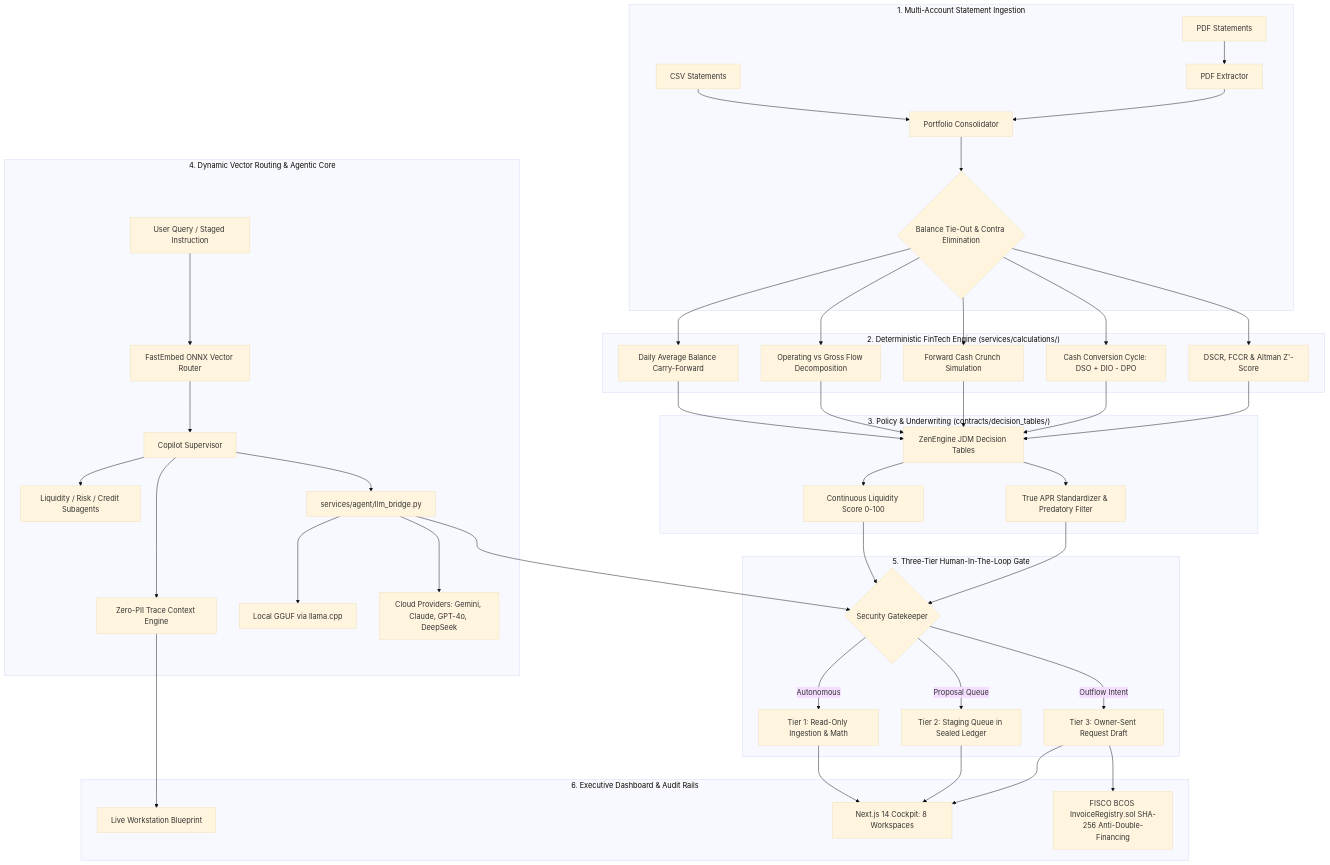
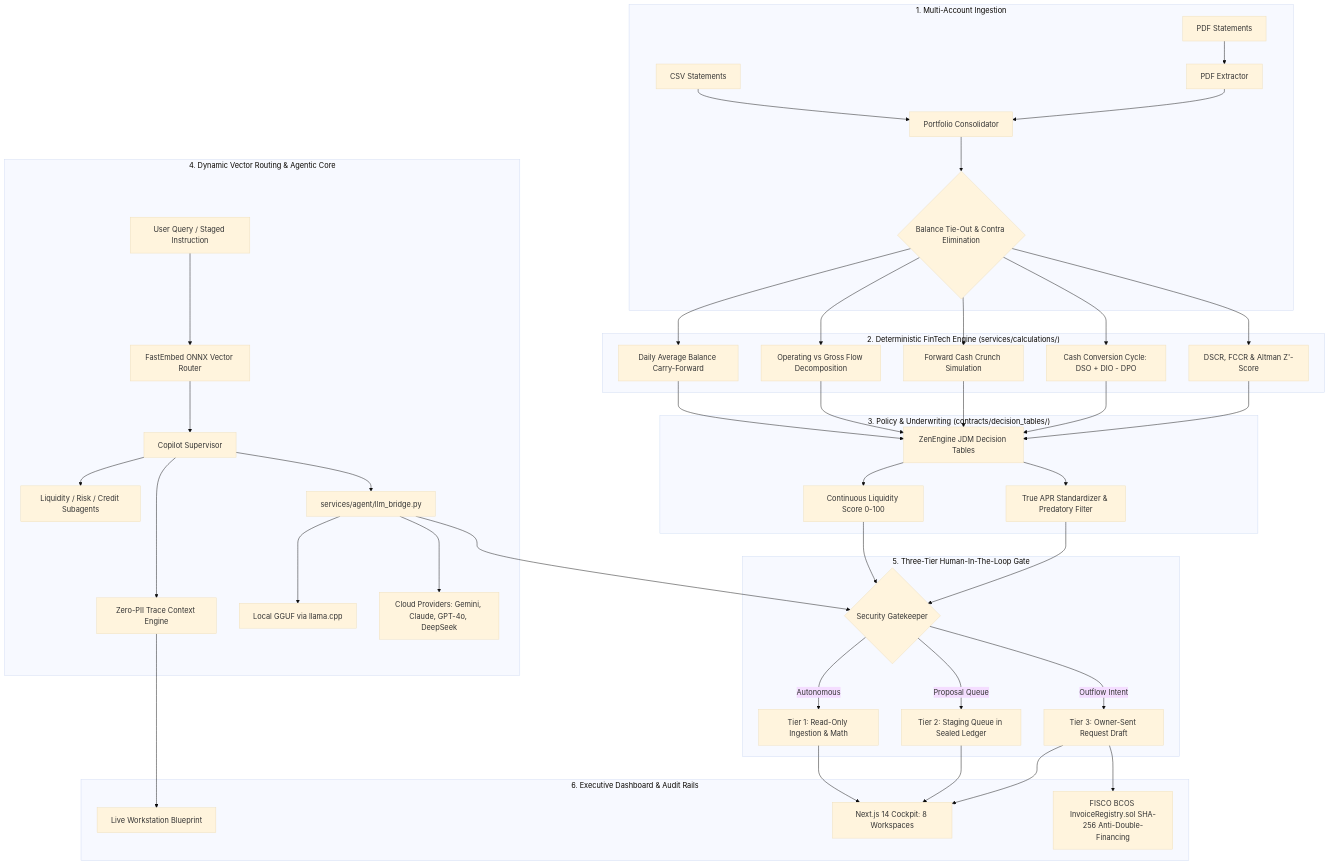
One commit to SamJU25/CashPilot changed the diagram in README.md. Above: the diagram before and after it, drawn with Mermaid (base theme). The commit also changed other lines of this file, not shown here.

````diff
--- a/README.md
+++ b/README.md
@@ -49,46 +106,46 @@
 ```mermaid
 flowchart TD
-    subgraph Ingestion ["1. Multi-Account Statement Ingestion"]
+    subgraph Ingestion ["1. Multi-Account Ingestion"]
         CSV[CSV Statements] --> Consolidator[Portfolio Consolidator]
         PDF[PDF Statements] --> PDFParser[PDF Extractor]
         PDFParser --> Consolidator
         Consolidator --> TieOut{Balance Tie-Out & Contra Elimination}
     end
 
     subgraph Engines ["2. Deterministic FinTech Engine (services/calculations/)"]
         TieOut --> DAB[Daily Average Balance Carry-Forward]
         TieOut --> Flow[Operating vs Gross Flow Decomposition]
         TieOut --> Crunch[Forward Cash Crunch Simulation]
         TieOut --> CCC[Cash Conversion Cycle: DSO + DIO - DPO]
         TieOut --> Solvency[DSCR, FCCR & Altman Z'-Score]
     end
 
     subgraph Policies ["3. Policy & Underwriting (contracts/decision_tables/)"]
         DAB & Flow & Crunch & CCC & Solvency --> Zen[ZenEngine JDM Decision Tables]
         Zen --> Underwrite[Continuous Liquidity Score 0-100]
         Zen --> FacilityMatch[True APR Standardizer & Predatory Filter]
     end
 
     subgraph Routing ["4. Dynamic Vector Routing & Agentic Core"]
         UserMsg[User Query / Staged Instruction] --> FastEmbed[FastEmbed ONNX Vector Router]
         FastEmbed --> Supervisor[Copilot Supervisor]
         Supervisor --> Subagents[Liquidity / Risk / Credit Subagents]
         Supervisor --> Trace[Zero-PII Trace Context Engine]
         Supervisor --> Bridge[services/agent/llm_bridge.py]
         Bridge --> LocalSLM[Local GGUF via llama.cpp]
         Bridge --> CloudLLM[Cloud Providers: Gemini, Claude, GPT-4o, DeepSeek]
     end
 
     subgraph SecurityGate ["5. Three-Tier Human-In-The-Loop Gate"]
         Underwrite & FacilityMatch & Bridge --> Gate{Security Gatekeeper}
         Gate -->|Autonomous| T1[Tier 1: Read-Only Ingestion & Math]
         Gate -->|Proposal Queue| T2[Tier 2: Staging Queue in Sealed Ledger]
         Gate -->|Outflow Intent| T3[Tier 3: Owner-Sent Request Draft]
     end
 
     subgraph Surfaces ["6. Executive Dashboard & Audit Rails"]
         T1 & T2 & T3 --> Dashboard[Next.js 14 Cockpit: 8 Workspaces]
         Trace --> Workstation[Live Workstation Blueprint]
         T3 --> FISCO[FISCO BCOS InvoiceRegistry.sol SHA-256 Anti-Double-Financing]
     end
 ```
````
